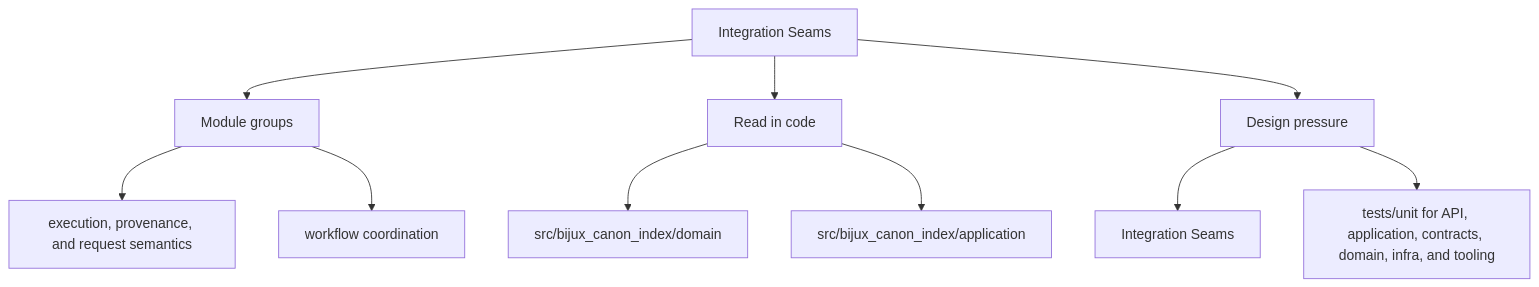
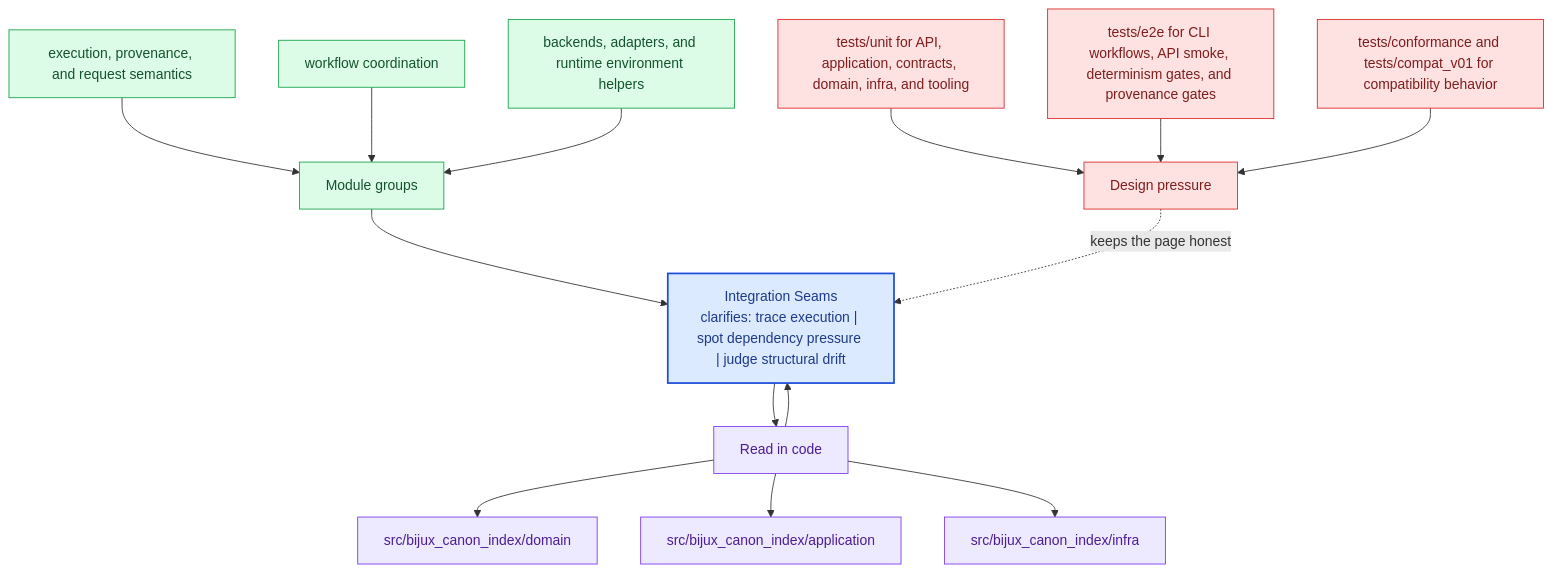
Before and after one commit to bijux/bijux-canon: the second of 2 diagrams in docs/bijux-canon-index/architecture/integration-seams.md, drawn with Mermaid. The commit also changed other lines of this file and 281 other files, not shown here.

Commit message:
docs(diagrams): deepen handbook mermaid maps across the catalog

````diff
--- a/docs/bijux-canon-index/architecture/integration-seams.md
+++ b/docs/bijux-canon-index/architecture/integration-seams.md
@@ -35,22 +68,40 @@
 ```mermaid
-flowchart TD
-    page["Integration Seams"]
+flowchart TB
+    promise["Integration Seams<br/>clarifies: trace execution | spot dependency pressure | judge structural drift"]
+    classDef promise fill:#dbeafe,stroke:#1d4ed8,color:#1e3a8a,stroke-width:2px;
+    classDef driver fill:#dcfce7,stroke:#16a34a,color:#14532d;
+    classDef constraint fill:#fee2e2,stroke:#dc2626,color:#7f1d1d;
+    classDef ground fill:#ede9fe,stroke:#7c3aed,color:#4c1d95;
     focus1["Module groups"]
-    page --> focus1
+    focus1 --> promise
     focus1_1["execution, provenance, and request semantics"]
-    focus1 --> focus1_1
+    focus1_1 --> focus1
     focus1_2["workflow coordination"]
-    focus1 --> focus1_2
+    focus1_2 --> focus1
+    focus1_3["backends, adapters, and runtime environment helpers"]
+    focus1_3 --> focus1
+    class focus1 driver;
+    class focus1_1,focus1_2,focus1_3 driver;
     focus2["Read in code"]
-    page --> focus2
+    focus2 --> promise
+    promise --> focus2
     focus2_1["src/bijux_canon_index/domain"]
     focus2 --> focus2_1
     focus2_2["src/bijux_canon_index/application"]
     focus2 --> focus2_2
+    focus2_3["src/bijux_canon_index/infra"]
+    focus2 --> focus2_3
+    class focus2 ground;
+    class focus2_1,focus2_2,focus2_3 ground;
     focus3["Design pressure"]
-    page --> focus3
-    focus3_1["Integration Seams"]
-    focus3 --> focus3_1
-    focus3_2["tests/unit for API, application, contracts, domain, infra, and tooling"]
-    focus3 --> focus3_2
+    focus3 -.keeps the page honest.-> promise
+    focus3_1["tests/unit for API, application, contracts, domain, infra, and tooling"]
+    focus3_1 --> focus3
+    focus3_2["tests/e2e for CLI workflows, API smoke, determinism gates, and provenance gates"]
+    focus3_2 --> focus3
+    focus3_3["tests/conformance and tests/compat_v01 for compatibility behavior"]
+    focus3_3 --> focus3
+    class focus3 constraint;
+    class focus3_1,focus3_2,focus3_3 constraint;
+    class promise promise;
 ```
````
